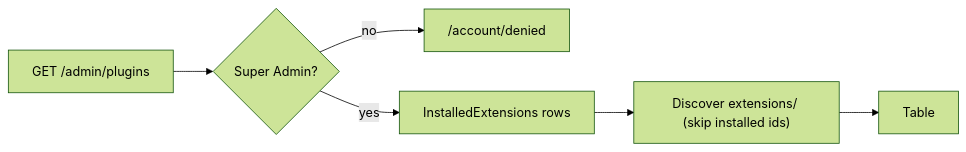
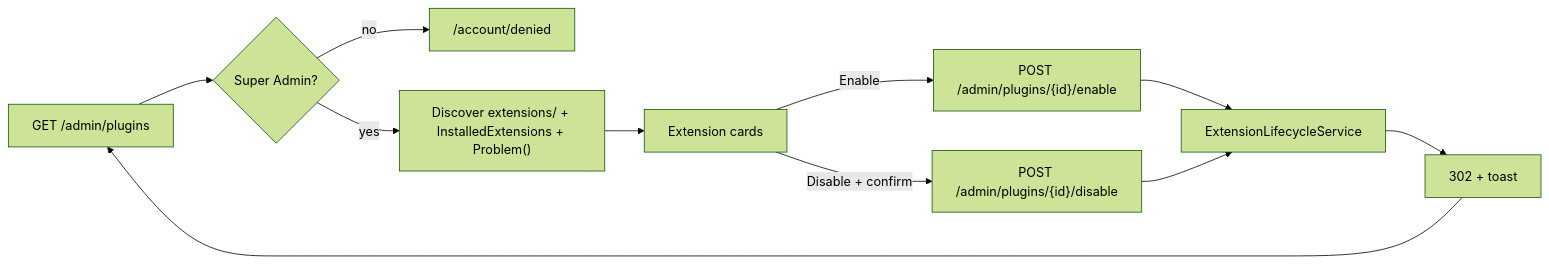
Before and after one commit to Albadit/DotNetForge: the diagram in .docs/pages/plugins.md, drawn with Mermaid (forest theme). The commit also changed other lines of this file and 454 other files, not shown here.

````diff
--- a/.docs/pages/plugins.md
+++ b/.docs/pages/plugins.md
@@ -97,6 +170,8 @@
 ```mermaid
 flowchart LR
     A["GET /admin/plugins"] --> B{Super Admin?}
     B -- no --> D["/account/denied"]
-    B -- yes --> C[InstalledExtensions rows] --> E["Discover extensions/ (skip installed ids)"] --> F[Table]
+    B -- yes --> C["Discover extensions/ + InstalledExtensions + Problem()"] --> F[Extension cards]
+    F -- Enable --> P["POST /admin/plugins/{id}/enable"] --> L[ExtensionLifecycleService] --> T["302 + toast"] --> A
+    F -- "Disable + confirm" --> Q["POST /admin/plugins/{id}/disable"] --> L
 ```
````
